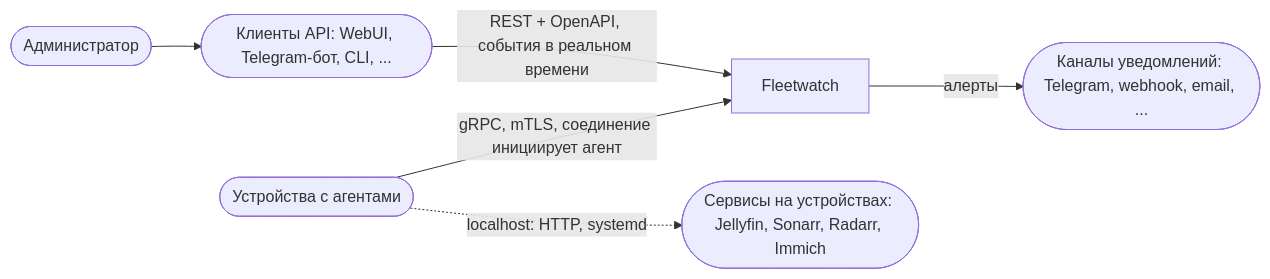
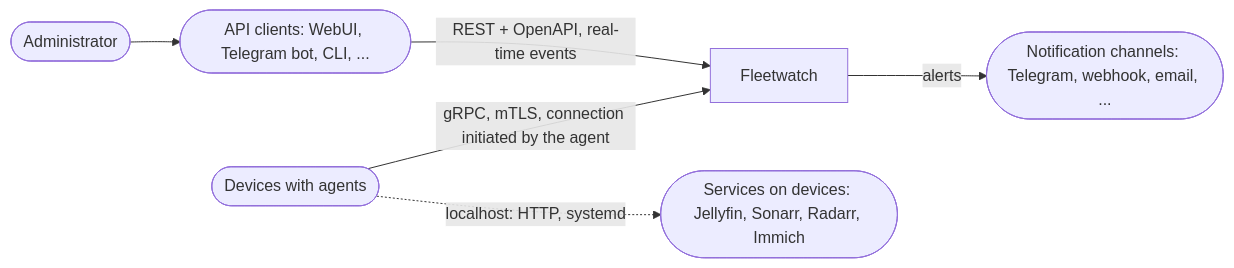
The first of 2 diagrams in docs/src/architecture/01-containers.md (GrandAdmiralBee/fleetwatch), drawn with Mermaid before and after one commit. The commit also changed other lines of this file and 2 other files, not shown here.

````diff
--- a/docs/src/architecture/01-containers.md
+++ b/docs/src/architecture/01-containers.md
@@ -23,15 +23,15 @@
 ```mermaid
 flowchart LR
-    admin(["Администратор"])
-    clients(["Клиенты API: WebUI, Telegram-бот, CLI, ..."])
+    admin(["Administrator"])
+    clients(["API clients: WebUI, Telegram bot, CLI, ..."])
     fw["Fleetwatch"]
-    dev(["Устройства с агентами"])
-    svc(["Сервисы на устройствах: Jellyfin, Sonarr, Radarr, Immich"])
-    channels(["Каналы уведомлений: Telegram, webhook, email, ..."])
+    dev(["Devices with agents"])
+    svc(["Services on devices: Jellyfin, Sonarr, Radarr, Immich"])
+    channels(["Notification channels: Telegram, webhook, email, ..."])
 
     admin --> clients
-    clients -->|"REST + OpenAPI, события в реальном времени"| fw
-    dev -->|"gRPC, mTLS, соединение инициирует агент"| fw
+    clients -->|"REST + OpenAPI, real-time events"| fw
+    dev -->|"gRPC, mTLS, connection initiated by the agent"| fw
     dev -.->|"localhost: HTTP, systemd"| svc
-    fw -->|"алерты"| channels
+    fw -->|"alerts"| channels
 ```
````
